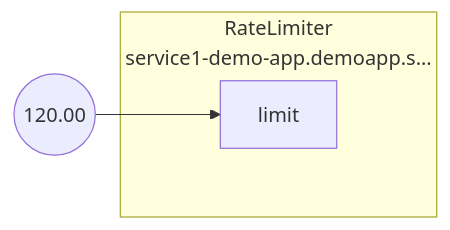
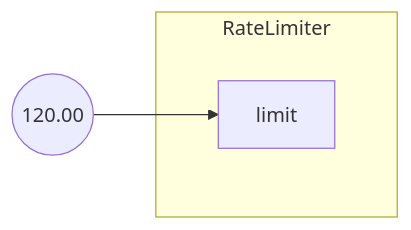
One commit to fluxninja/aperture changed the diagram in docs/content/tutorials/flow-control/rate-limiting/assets/static-rate-limiting/static-rate-limiting.mmd. Above: the diagram before and after it, drawn with Mermaid. The commit also changed 41 other files, not shown here.

First line of the commit message:
Update `FlowSelector` proto

```diff
--- a/docs/content/tutorials/flow-control/rate-limiting/assets/static-rate-limiting/static-rate-limiting.mmd
+++ b/docs/content/tutorials/flow-control/rate-limiting/assets/static-rate-limiting/static-rate-limiting.mmd
@@ -1,9 +1,9 @@
 flowchart LR
-subgraph root.0[<center>RateLimiter<br/>service1-demo-app.demoapp.s...</center>]
+subgraph root.0[RateLimiter]
 subgraph root.0_inports[ ]
 style root.0_inports fill:none,stroke:none
 root.0limit[limit]
 end
 end
 root.0_limit_FakeConstantout((120.00))
 root.0_limit_FakeConstantout --> root.0limit
```
